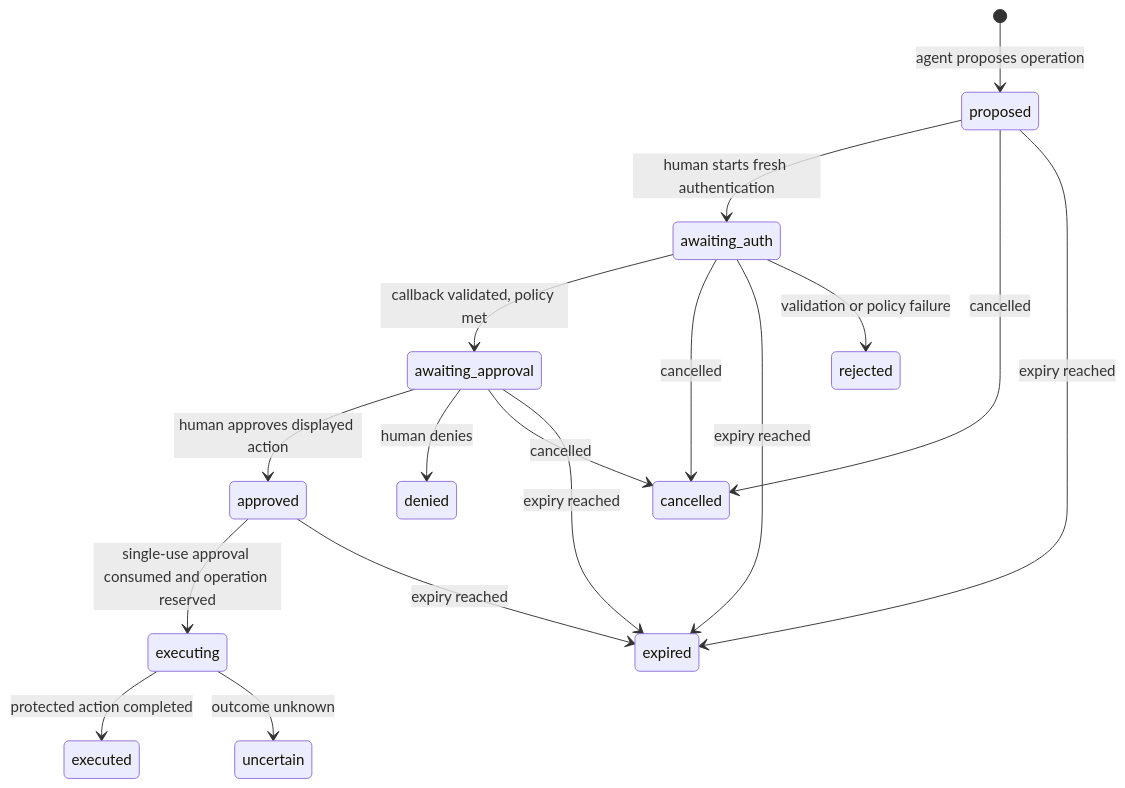
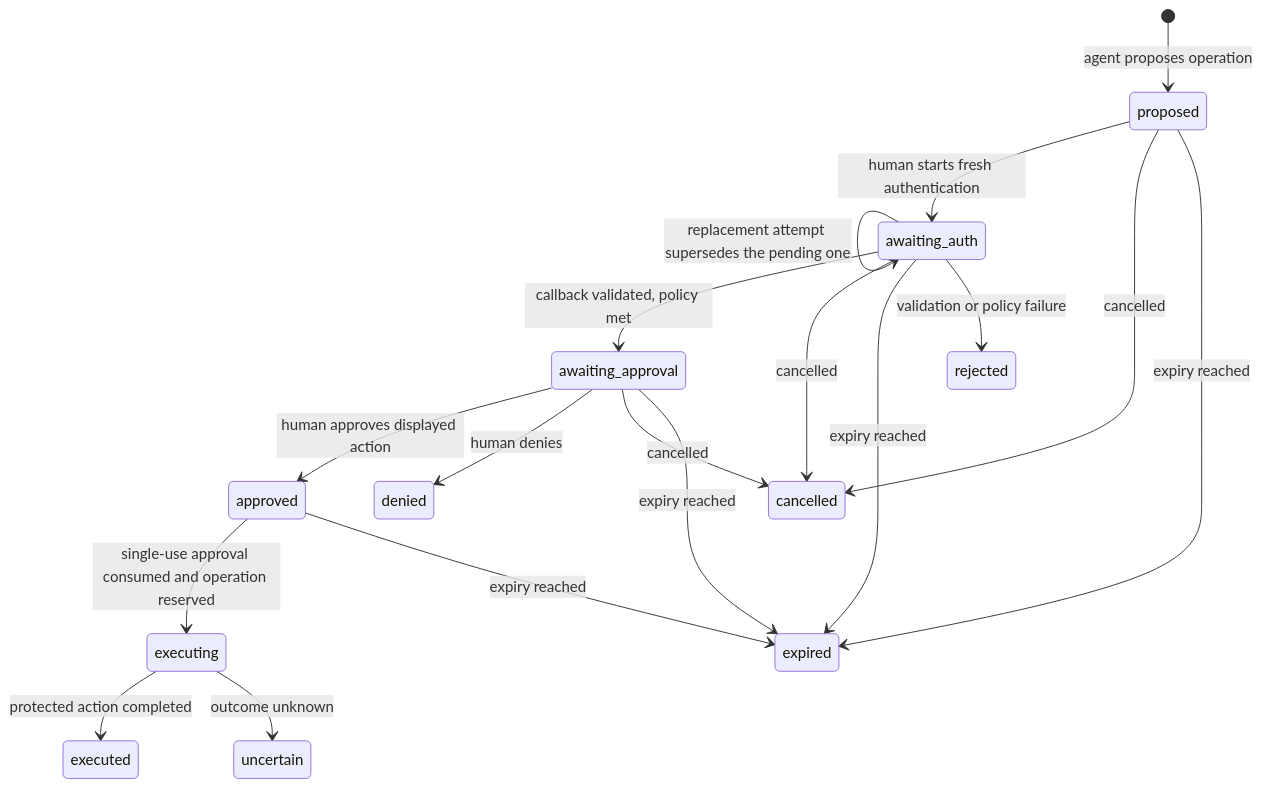
The diagram in docs/hackathon/04-agent-pass.md (ozzyshaik-org/world-supersonic-public), drawn with Mermaid before and after one commit. The commit also changed other lines of this file and 1 other file, not shown here.

Commit message:
docs(agent-pass): add superseded auth_attempt result with atomic replacement and no value reuse

````diff
--- a/docs/hackathon/04-agent-pass.md
+++ b/docs/hackathon/04-agent-pass.md
@@ -59,19 +59,20 @@
 ```mermaid
 stateDiagram-v2
     [*] --> proposed: agent proposes operation
     proposed --> awaiting_auth: human starts fresh authentication
+    awaiting_auth --> awaiting_auth: replacement attempt supersedes the pending one
     awaiting_auth --> awaiting_approval: callback validated, policy met
     awaiting_approval --> approved: human approves displayed action
     approved --> executing: single-use approval consumed and operation reserved
     executing --> executed: protected action completed
     executing --> uncertain: outcome unknown
     proposed --> cancelled: cancelled
     awaiting_auth --> cancelled: cancelled
     awaiting_approval --> denied: human denies
     awaiting_approval --> cancelled: cancelled
     proposed --> expired: expiry reached
     awaiting_auth --> expired: expiry reached
     awaiting_approval --> expired: expiry reached
     approved --> expired: expiry reached
     awaiting_auth --> rejected: validation or policy failure
 ```
````
